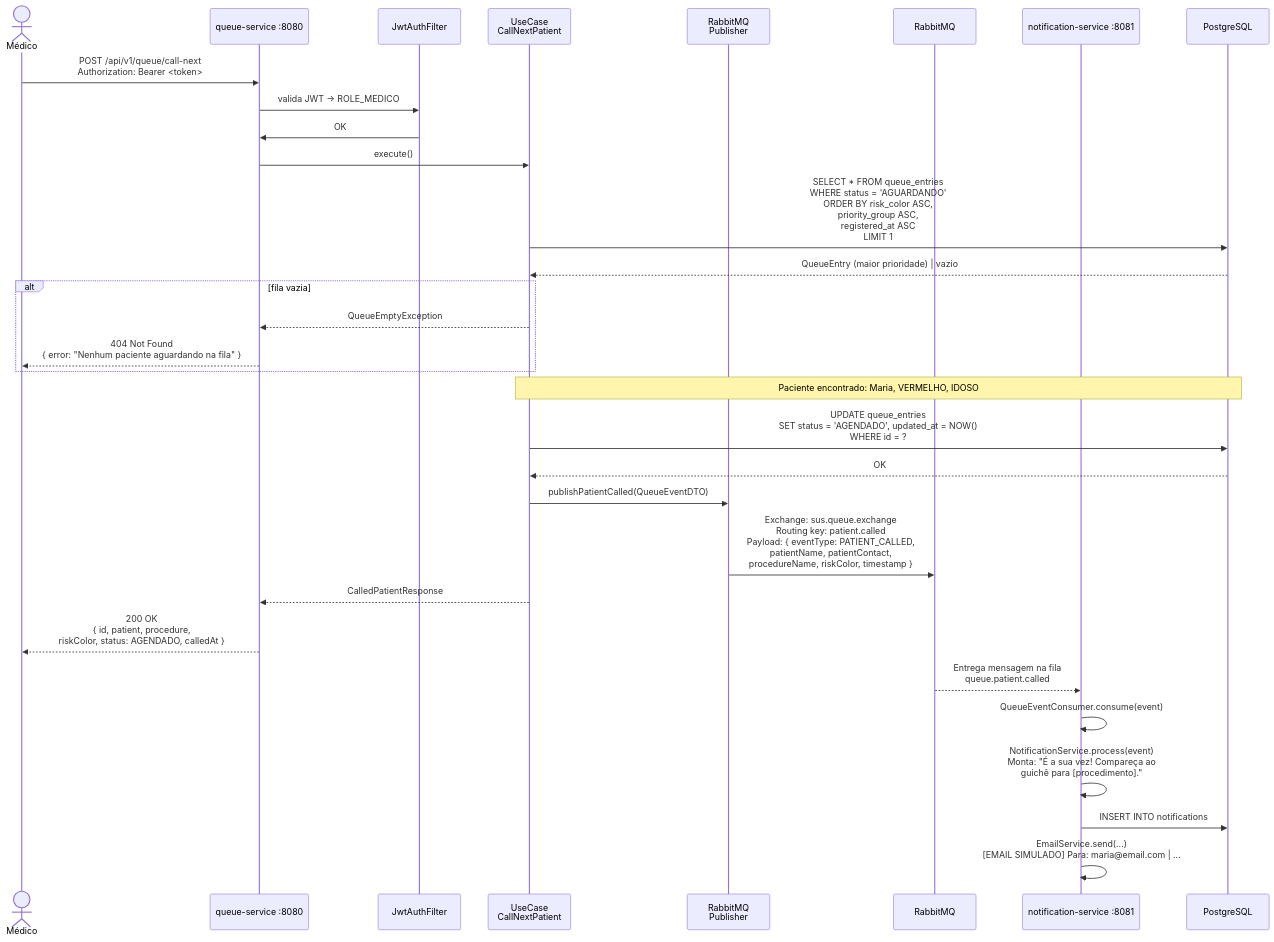
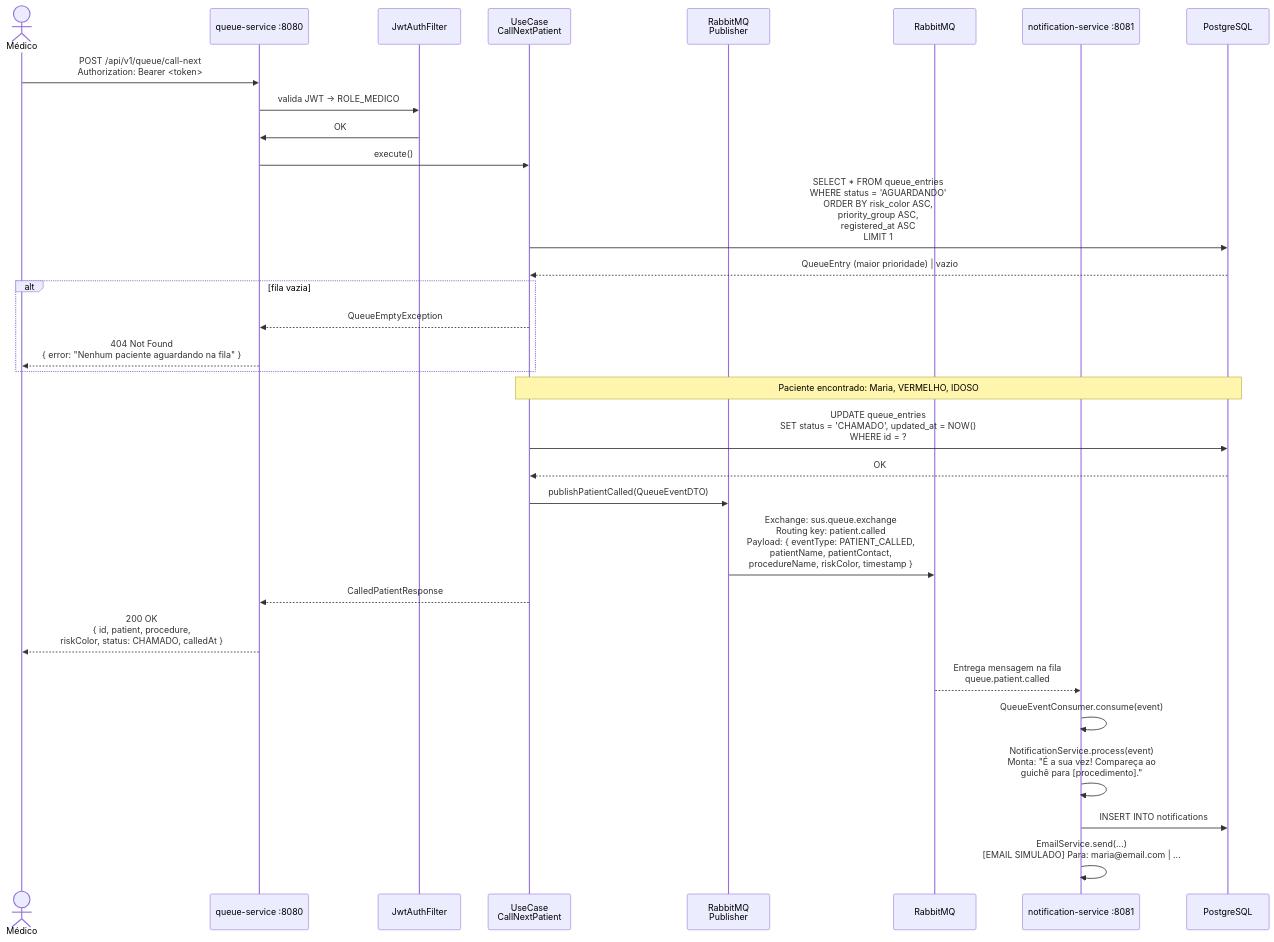
The fifth of 13 diagrams in docs/sequencias-diagrama.md (LucasBruner/Morbus), drawn with Mermaid before and after one commit. The commit also changed other lines of this file and 3 other files, not shown here.

````diff
--- a/docs/sequencias-diagrama.md
+++ b/docs/sequencias-diagrama.md
@@ -195,44 +195,44 @@
 ```mermaid
 sequenceDiagram
     actor Medico as Médico
     participant QS as queue-service :8080
     participant Filter as JwtAuthFilter
     participant UC as UseCase<br/>CallNextPatient
     participant Publisher as RabbitMQ<br/>Publisher
     participant MQ as RabbitMQ
     participant NS as notification-service :8081
     participant DB as PostgreSQL
 
     Medico->>QS: POST /api/v1/queue/call-next<br/>Authorization: Bearer <token>
 
     QS->>Filter: valida JWT → ROLE_MEDICO
     Filter->>QS: OK
 
     QS->>UC: execute()
 
     UC->>DB: SELECT * FROM queue_entries<br/>WHERE status = 'AGUARDANDO'<br/>ORDER BY risk_color ASC,<br/>priority_group ASC,<br/>registered_at ASC<br/>LIMIT 1
     DB-->>UC: QueueEntry (maior prioridade) | vazio
 
     alt fila vazia
         UC-->>QS: QueueEmptyException
         QS-->>Medico: 404 Not Found<br/>{ error: "Nenhum paciente aguardando na fila" }
     end
 
     Note over UC,DB: Paciente encontrado: Maria, VERMELHO, IDOSO
 
-    UC->>DB: UPDATE queue_entries<br/>SET status = 'AGENDADO', updated_at = NOW()<br/>WHERE id = ?
+    UC->>DB: UPDATE queue_entries<br/>SET status = 'CHAMADO', updated_at = NOW()<br/>WHERE id = ?
     DB-->>UC: OK
 
     UC->>Publisher: publishPatientCalled(QueueEventDTO)
     Publisher->>MQ: Exchange: sus.queue.exchange<br/>Routing key: patient.called<br/>Payload: { eventType: PATIENT_CALLED,<br/>patientName, patientContact,<br/>procedureName, riskColor, timestamp }
 
     UC-->>QS: CalledPatientResponse
-    QS-->>Medico: 200 OK<br/>{ id, patient, procedure,<br/>riskColor, status: AGENDADO, calledAt }
+    QS-->>Medico: 200 OK<br/>{ id, patient, procedure,<br/>riskColor, status: CHAMADO, calledAt }
 
     MQ-->>NS: Entrega mensagem na fila<br/>queue.patient.called
 
     NS->>NS: QueueEventConsumer.consume(event)
     NS->>NS: NotificationService.process(event)<br/>Monta: "É a sua vez! Compareça ao<br/>guichê para [procedimento]."
     NS->>DB: INSERT INTO notifications
     NS->>NS: EmailService.send(...)<br/>[EMAIL SIMULADO] Para: maria@email.com | ...
 ```
````
